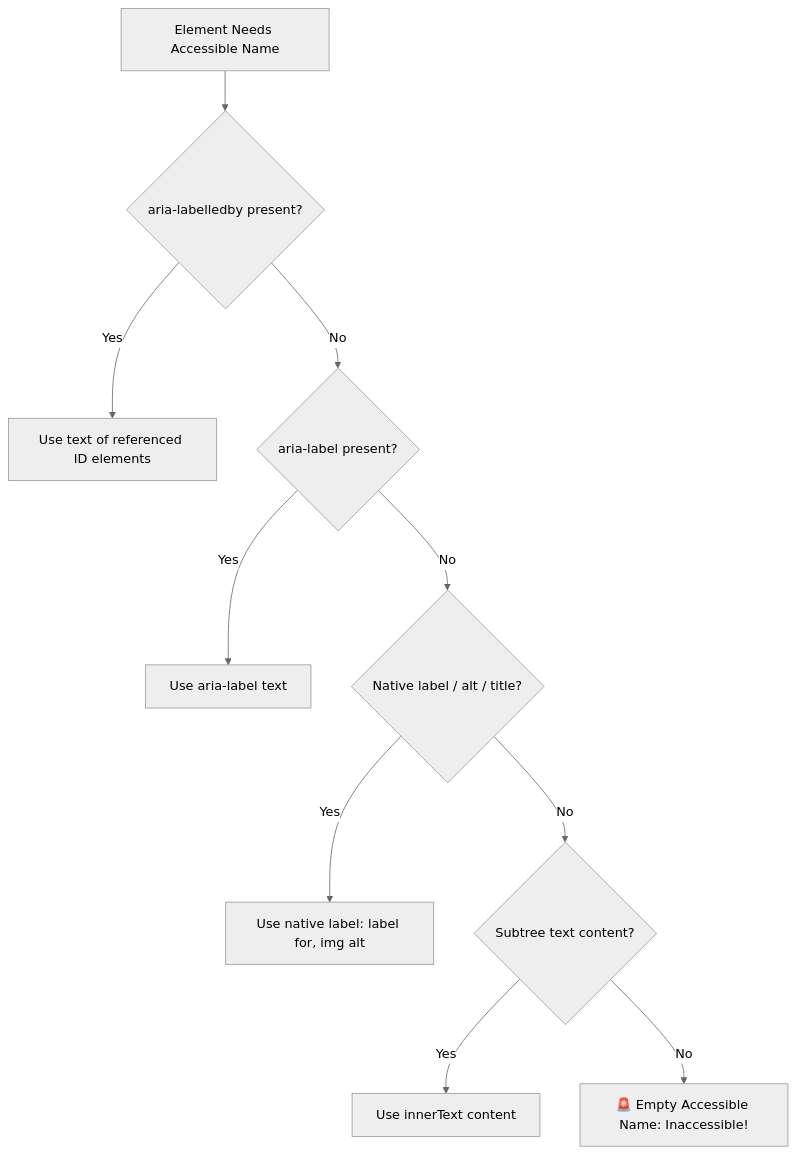
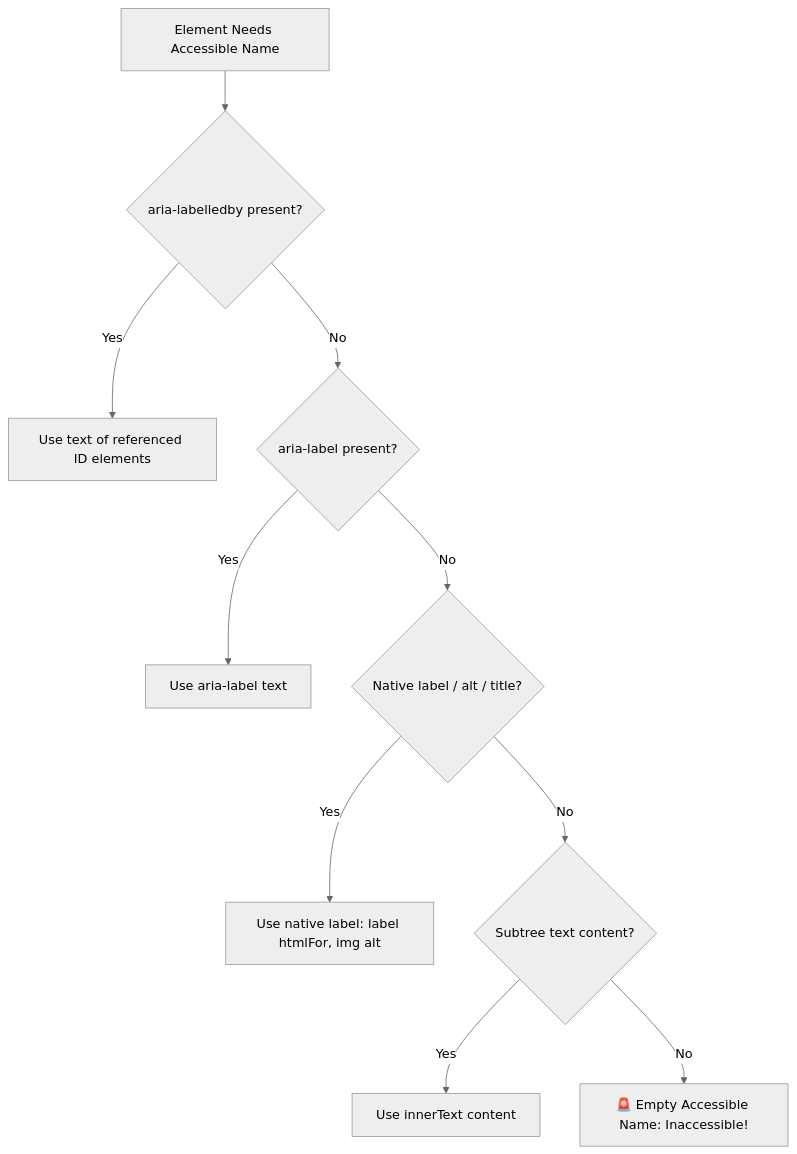
Before and after one commit to kumaratul60/System-Design: the seventh of 9 diagrams in Accessibility/README.md, drawn with Mermaid (neutral theme). The commit also changed other lines of this file and 14 other files, not shown here.

````diff
--- a/Accessibility/README.md
+++ b/Accessibility/README.md
@@ -223,12 +335,12 @@
 ```mermaid
 flowchart TD
     Start[Element Needs Accessible Name] --> C1{aria-labelledby present?}
     C1 -->|Yes| R1[Use text of referenced ID elements]
     C1 -->|No| C2{aria-label present?}
     C2 -->|Yes| R2[Use aria-label text]
     C2 -->|No| C3{Native label / alt / title?}
-    C3 -->|Yes| R3[Use native label: label for, img alt]
+    C3 -->|Yes| R3[Use native label: label htmlFor, img alt]
     C3 -->|No| C4{Subtree text content?}
     C4 -->|Yes| R4[Use innerText content]
     C4 -->|No| Fail[🚨 Empty Accessible Name: Inaccessible!]
 ```
````
